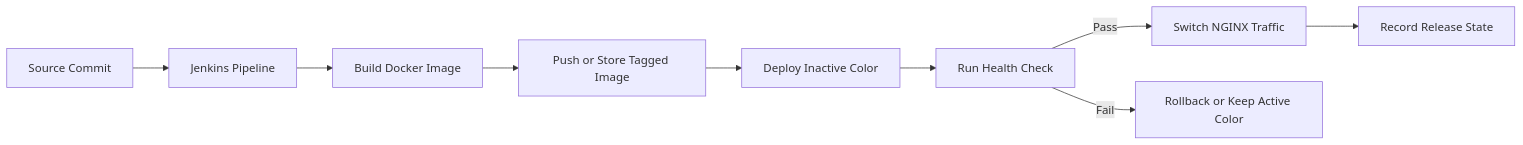
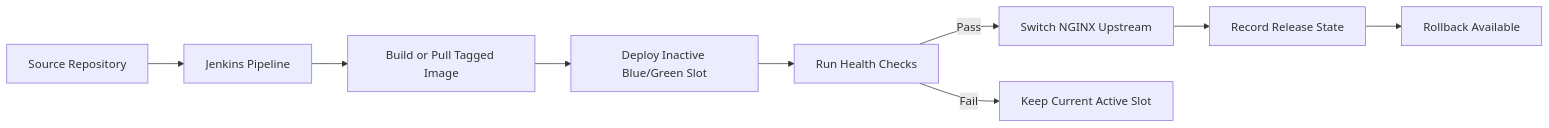
One commit to shekhar396/zero-downtime-cicd-template changed the diagram in README.md. Above: the diagram before and after it, drawn with Mermaid. The commit also changed other lines of this file and 8 other files, not shown here.

Commit message:
docs: define v1.0 roadmap and release scope

````diff
--- a/README.md
+++ b/README.md
@@ -65,11 +56,11 @@
 ```mermaid
 flowchart LR
-    A[Source Commit] --> B[Jenkins Pipeline]
-    B --> C[Build Docker Image]
-    C --> D[Push or Store Tagged Image]
-    D --> E[Deploy Inactive Color]
-    E --> F[Run Health Check]
-    F -->|Pass| G[Switch NGINX Traffic]
-    F -->|Fail| H[Rollback or Keep Active Color]
-    G --> I[Record Release State]
+    A[Source Repository] --> B[Jenkins Pipeline]
+    B --> C[Build or Pull Tagged Image]
+    C --> D[Deploy Inactive Blue/Green Slot]
+    D --> E[Run Health Checks]
+    E -->|Pass| F[Switch NGINX Upstream]
+    E -->|Fail| G[Keep Current Active Slot]
+    F --> H[Record Release State]
+    H --> I[Rollback Available]
 ```
````
